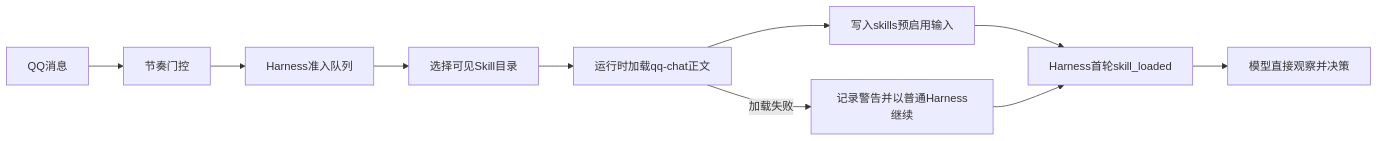
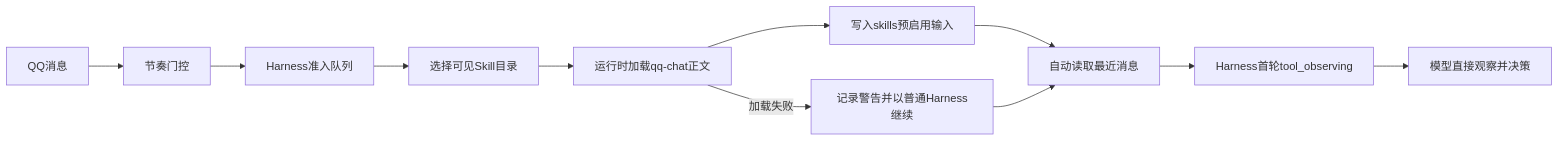
Before and after one commit to Yemomo511/ye-kitty: the diagram in design-docs/Agent/qq-chat-skill-auto-injection.md, drawn with Mermaid. The commit also changed other lines of this file and 12 other files, not shown here.

````diff
--- a/design-docs/Agent/qq-chat-skill-auto-injection.md
+++ b/design-docs/Agent/qq-chat-skill-auto-injection.md
@@ -28,12 +28,13 @@
 ```mermaid
 flowchart LR
   Message["QQ消息"] --> Gate["节奏门控"]
   Gate --> Queue["Harness准入队列"]
   Queue --> Catalog["选择可见Skill目录"]
   Catalog --> Load["运行时加载qq-chat正文"]
   Load --> Input["写入skills预启用输入"]
-  Input --> Harness["Harness首轮skill_loaded"]
+  Input --> Context["自动读取最近消息"]
+  Context --> Harness["Harness首轮tool_observing"]
   Harness --> Runner["模型直接观察并决策"]
   Load -->|"加载失败"| Degrade["记录警告并以普通Harness继续"]
-  Degrade --> Harness
+  Degrade --> Context
 ```
````
